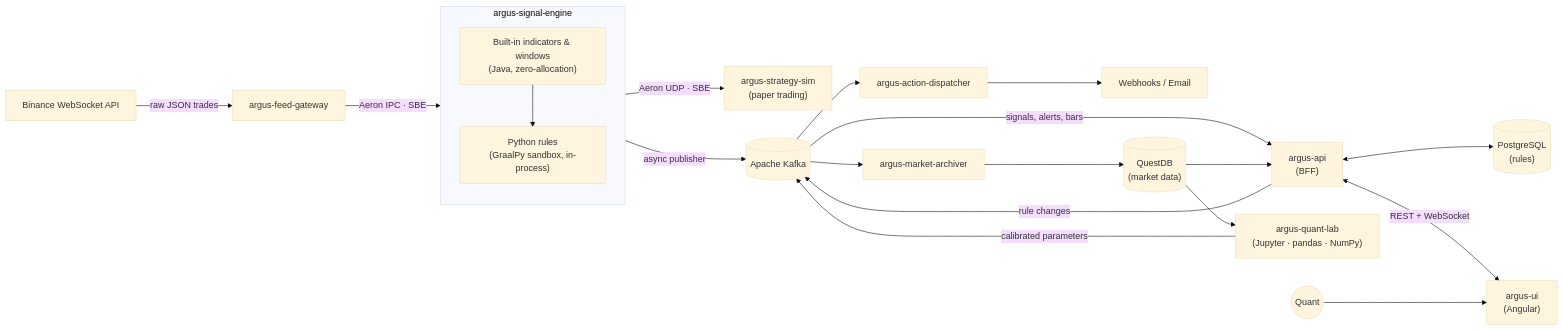
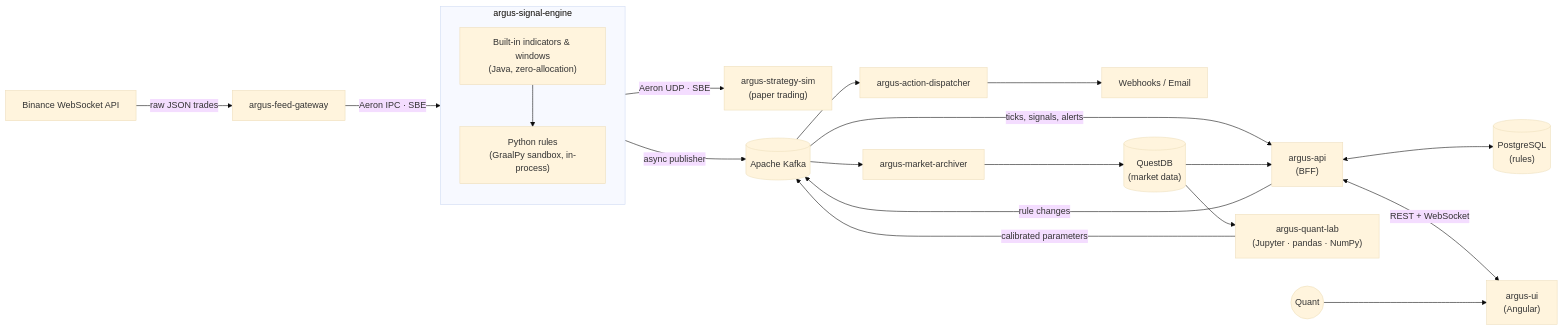
Before and after one commit to MeSeeFoo/argus-quant-engine: the diagram in README.md, drawn with Mermaid (base theme). The commit also changed other lines of this file and 2 other files, not shown here.

````diff
--- a/README.md
+++ b/README.md
@@ -49,29 +49,29 @@
 ```mermaid
 flowchart LR
     BIN["Binance WebSocket API"] -->|"raw JSON trades"| FG["argus-feed-gateway"]
     FG -->|"Aeron IPC · SBE"| SE
 
     subgraph SE["argus-signal-engine"]
         direction TB
         IND["Built-in indicators & windows<br/>(Java, zero-allocation)"]
         RUL["Python rules<br/>(GraalPy sandbox, in-process)"]
         IND --> RUL
     end
 
     SE -->|"Aeron UDP · SBE"| STR["argus-strategy-sim<br/>(paper trading)"]
     SE -->|"async publisher"| K[("Apache Kafka")]
 
     K --> DSP["argus-action-dispatcher"]
     DSP --> EXT["Webhooks / Email"]
     K --> ARC["argus-market-archiver"]
     ARC --> QDB[("QuestDB<br/>(market data)")]
 
-    K -->|"signals, alerts, bars"| API["argus-api<br/>(BFF)"]
+    K -->|"ticks, signals, alerts"| API["argus-api<br/>(BFF)"]
     QDB --> API
     API <--> PG[("PostgreSQL<br/>(rules)")]
     API -->|"rule changes"| K
     QDB --> LAB["argus-quant-lab<br/>(Jupyter · pandas · NumPy)"]
     LAB -->|"calibrated parameters"| K
     API <-->|"REST + WebSocket"| UI["argus-ui<br/>(Angular)"]
     USR(("Quant")) --> UI
 ```
````
